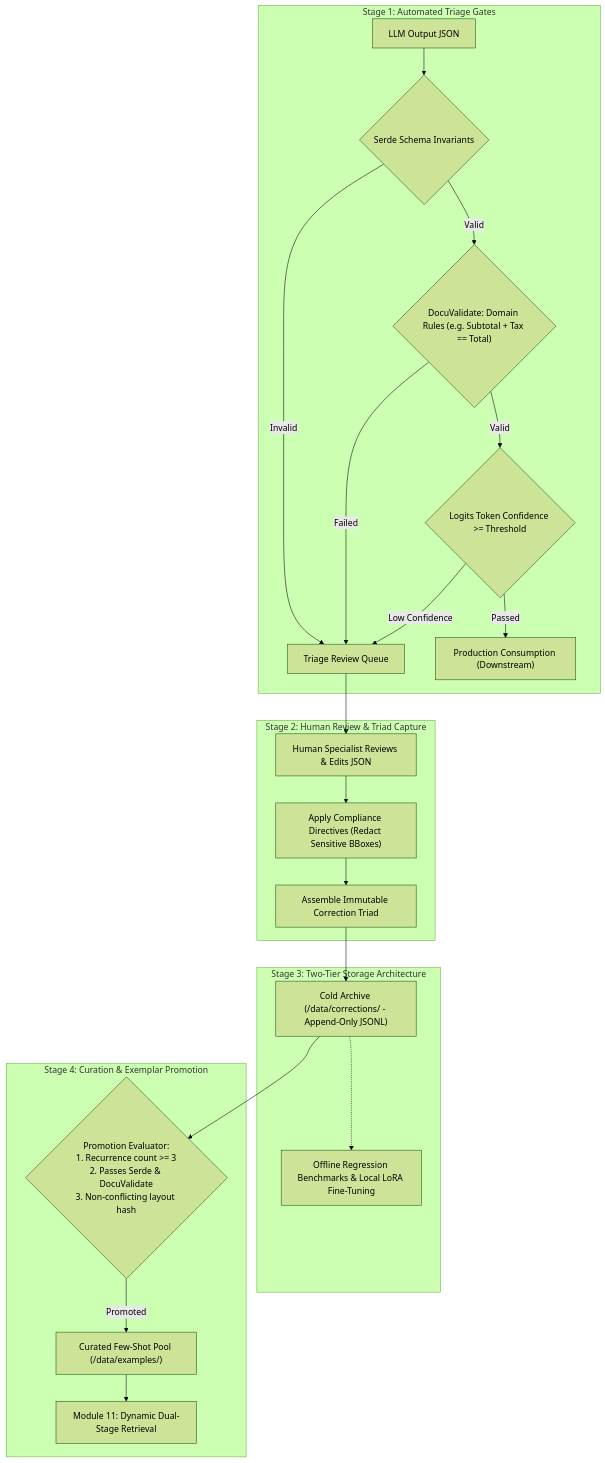
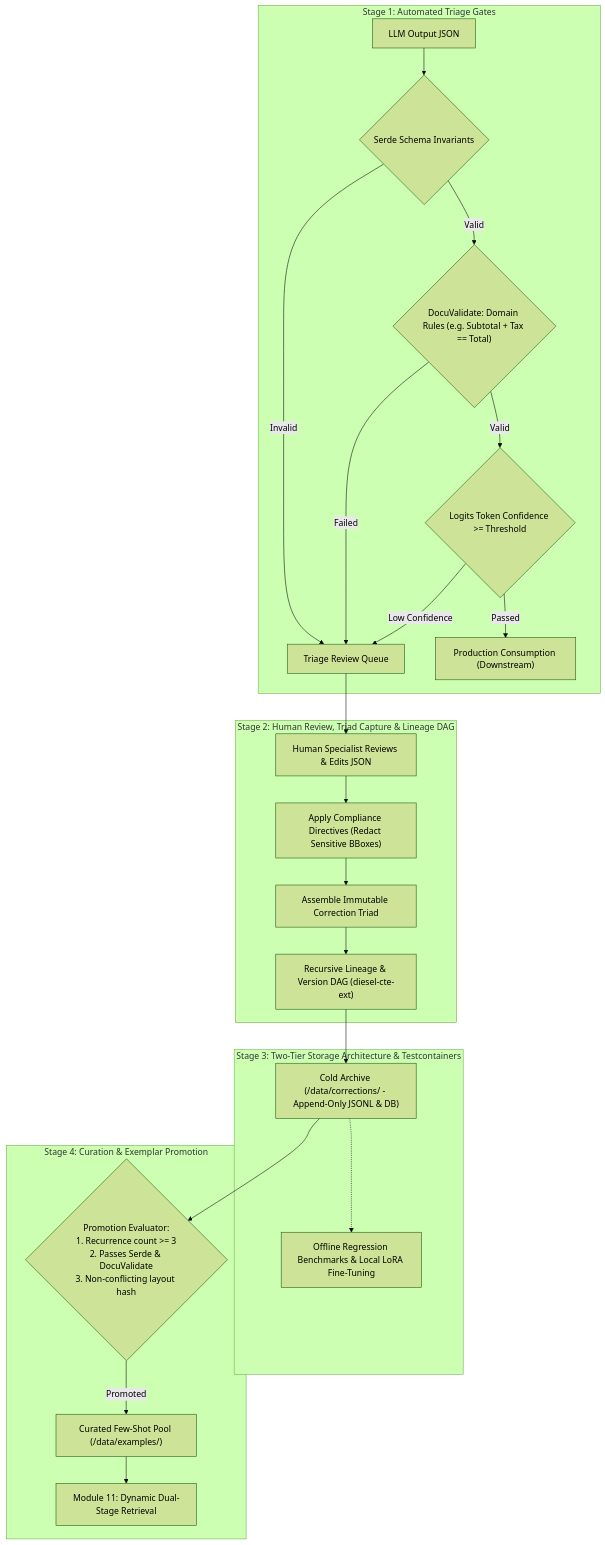
One commit to yasuomaidana/docula changed the diagram in docs/13_HUMAN_IN_THE_LOOP_AND_ACTIVE_LEARNING.md. Above: the diagram before and after it, drawn with Mermaid (forest theme). The commit also changed other lines of this file and 12 other files, not shown here.

````diff
--- a/docs/13_HUMAN_IN_THE_LOOP_AND_ACTIVE_LEARNING.md
+++ b/docs/13_HUMAN_IN_THE_LOOP_AND_ACTIVE_LEARNING.md
@@ -9,29 +9,30 @@
 ```mermaid
 flowchart TD
     subgraph Stage1["Stage 1: Automated Triage Gates"]
         RawLLM[LLM Output JSON] --> SerdeGate{"Serde Schema Invariants"}
         SerdeGate -->|Invalid| TriageQueue["Triage Review Queue"]
         SerdeGate -->|Valid| MathGate{"DocuValidate: Domain Rules (e.g. Subtotal + Tax == Total)"}
         MathGate -->|Failed| TriageQueue
         MathGate -->|Valid| ConfGate{"Logits Token Confidence >= Threshold"}
         ConfGate -->|Low Confidence| TriageQueue
         ConfGate -->|Passed| ProductionOut["Production Consumption (Downstream)"]
     end
 
-    subgraph Stage2["Stage 2: Human Review & Triad Capture"]
+    subgraph Stage2["Stage 2: Human Review, Triad Capture & Lineage DAG"]
         TriageQueue --> HumanReviewer["Human Specialist Reviews & Edits JSON"]
         HumanReviewer --> Sanitize["Apply Compliance Directives (Redact Sensitive BBoxes)"]
         Sanitize --> TriadAssemble["Assemble Immutable Correction Triad"]
+        TriadAssemble --> DieselCTE["Recursive Lineage & Version DAG (diesel-cte-ext)"]
     end
 
-    subgraph Stage3["Stage 3: Two-Tier Storage Architecture"]
-        TriadAssemble --> ColdArchive["Cold Archive (/data/corrections/ - Append-Only JSONL)"]
+    subgraph Stage3["Stage 3: Two-Tier Storage Architecture & Testcontainers"]
+        DieselCTE --> ColdArchive["Cold Archive (/data/corrections/ - Append-Only JSONL & DB)"]
         ColdArchive -.-> RegressionTests["Offline Regression Benchmarks & Local LoRA Fine-Tuning"]
     end
 
     subgraph Stage4["Stage 4: Curation & Exemplar Promotion"]
         ColdArchive --> PromotionGate{"Promotion Evaluator:<br/>1. Recurrence count >= 3<br/>2. Passes Serde & DocuValidate<br/>3. Non-conflicting layout hash"}
         PromotionGate -->|Promoted| CuratedPool["Curated Few-Shot Pool (/data/examples/)"]
         CuratedPool --> DynamicRetrieval["Module 11: Dynamic Dual-Stage Retrieval"]
     end
 ```
````
